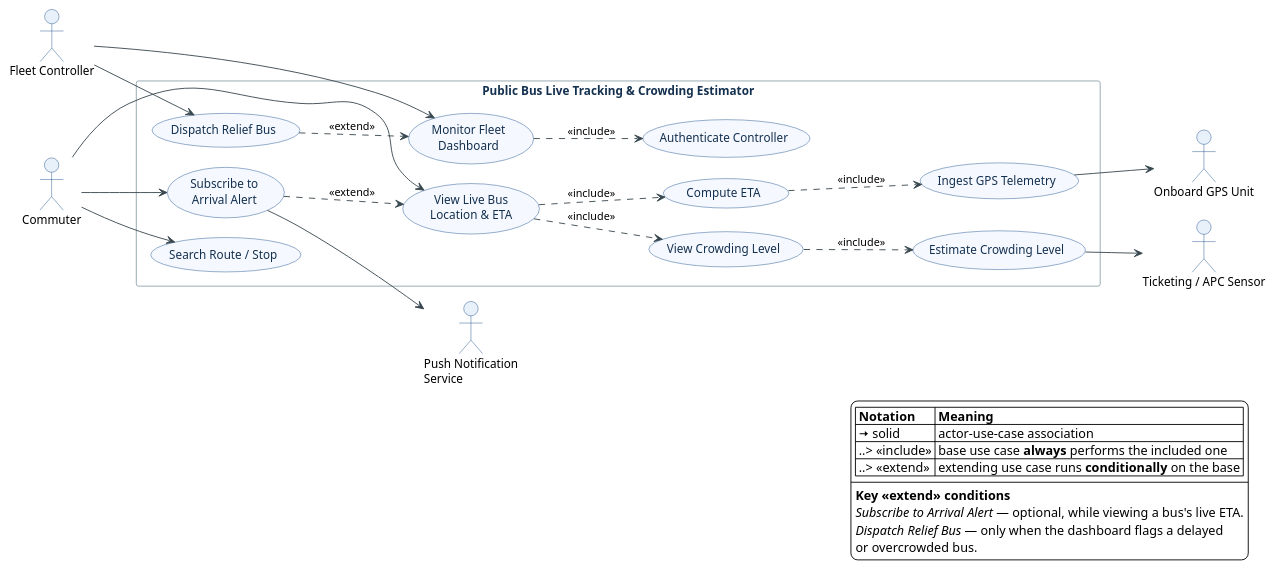
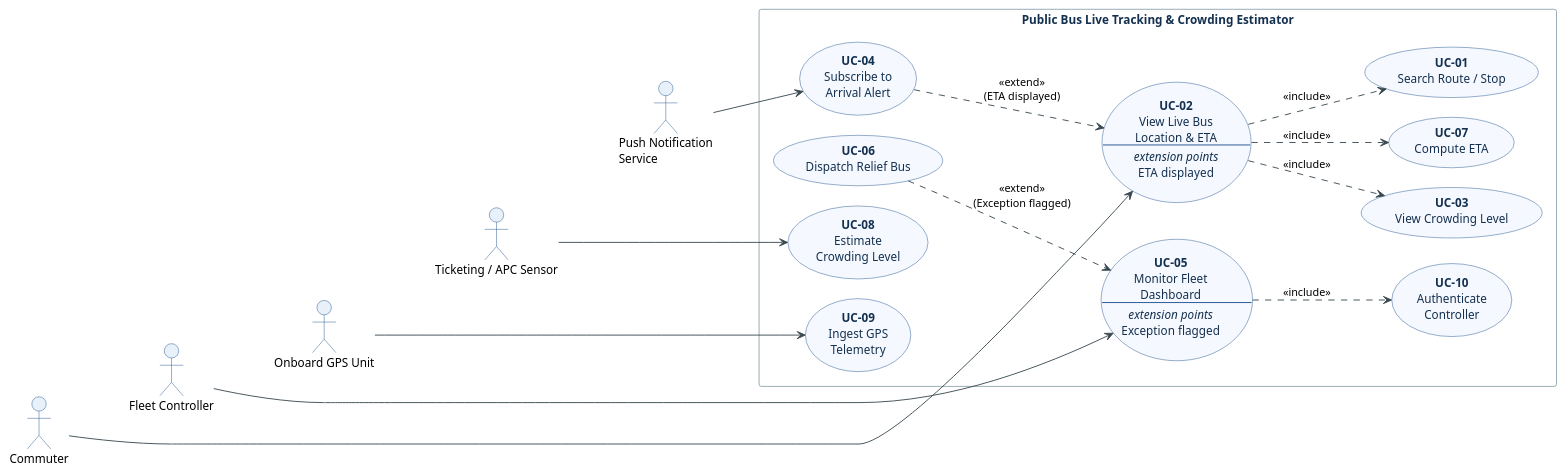
One commit to LOKESH-ADITHYA/SE-Labs-PES1UG24CS392 changed the diagram in Lab1/02_UseCase_Diagram.puml. Above: the diagram before and after it, drawn with PlantUML. The commit also changed 8 other files, not shown here.

Commit message:
Lab 1: Word/PDF deliverables, UC-01..UC-10 labels, UML fixes

```diff
--- a/Lab1/02_UseCase_Diagram.puml
+++ b/Lab1/02_UseCase_Diagram.puml
@@ -1,90 +1,77 @@
 @startuml UseCase_PublicBusLiveTracking
 ' ============================================================
 ' Lab 1 - UML Use-Case Diagram
 ' Problem Statement #24: Public Bus Live Tracking & Crowding Estimator
 ' SRN: PES1UG24CS392
 ' ============================================================
 
 skinparam backgroundColor #FFFFFF
 skinparam shadowing false
 skinparam defaultFontName "Helvetica"
 skinparam defaultFontSize 13
 skinparam ArrowColor #37474F
 skinparam ArrowFontSize 12
 skinparam nodesep 22
-skinparam ranksep 60
+skinparam ranksep 65
 skinparam actor {
   BorderColor #1A4C8B
   BackgroundColor #E8F0FA
 }
 skinparam usecase {
   BorderColor #1A4C8B
   BackgroundColor #F5F9FF
   FontColor #14304F
 }
 skinparam rectangle {
   BorderColor #90A4AE
   FontColor #14304F
   FontStyle bold
 }
 left to right direction
 
-' ---------- Primary (human) actors : left ----------
+' ---------- All actors, drawn on the left ----------
+' Primary (human) actors
 actor "Commuter"         as CM
 actor "Fleet Controller" as FC
-
-rectangle "Public Bus Live Tracking & Crowding Estimator" {
-
-  usecase "Search Route / Stop"           as UC1
-  usecase "View Live Bus\nLocation & ETA" as UC2
-  usecase "View Crowding Level"           as UC3
-  usecase "Subscribe to\nArrival Alert"   as UC4
-  usecase "Monitor Fleet\nDashboard"      as UC5
-  usecase "Dispatch Relief Bus"           as UC6
-
-  usecase "Compute ETA"             as UC8
-  usecase "Authenticate Controller" as UC10
-  usecase "Ingest GPS Telemetry"    as UC7
-  usecase "Estimate Crowding Level" as UC9
-}
-
-' ---------- Secondary / system actors : right ----------
+' Secondary (system / device) actors
 actor "Onboard GPS Unit"           as GPS
 actor "Ticketing / APC Sensor"     as TKT
 actor "Push Notification\nService" as PNS
 
-' ---------- Actor associations ----------
-CM --> UC1
-CM --> UC2
-CM --> UC4
-FC --> UC5
-FC --> UC6
+CM  -[hidden]down- FC
+FC  -[hidden]down- GPS
+GPS -[hidden]down- TKT
+TKT -[hidden]down- PNS
 
-UC7 --> GPS
-UC9 --> TKT
-UC4 --> PNS
+rectangle "Public Bus Live Tracking & Crowding Estimator" {
+
+  usecase "**UC-01**\nSearch Route / Stop"        as UC01
+  usecase "**UC-02**\nView Live Bus\nLocation & ETA\n--\n//extension points//\nETA displayed" as UC02
+  usecase "**UC-03**\nView Crowding Level"        as UC03
+  usecase "**UC-04**\nSubscribe to\nArrival Alert" as UC04
+  usecase "**UC-05**\nMonitor Fleet\nDashboard\n--\n//extension points//\nException flagged" as UC05
+  usecase "**UC-06**\nDispatch Relief Bus"        as UC06
+  usecase "**UC-07**\nCompute ETA"                as UC07
+  usecase "**UC-08**\nEstimate\nCrowding Level"   as UC08
+  usecase "**UC-09**\nIngest GPS\nTelemetry"      as UC09
+  usecase "**UC-10**\nAuthenticate\nController"   as UC10
+}
+
+' ---------- Associations ----------
+CM  --> UC02
+FC  --> UC05
+GPS --> UC09
+TKT --> UC08
+PNS --> UC04
 
 ' ---------- <<include>> relationships ----------
-UC2  ..> UC8  : <<include>>
-UC2  ..> UC3  : <<include>>
-UC5  ..> UC10 : <<include>>
-UC8  ..> UC7  : <<include>>
-UC3  ..> UC9  : <<include>>
+UC02 ..> UC01 : <<include>>
+UC02 ..> UC07 : <<include>>
+UC02 ..> UC03 : <<include>>
+UC05 ..> UC10 : <<include>>
 
 ' ---------- <<extend>> relationships ----------
-UC4 ..> UC2 : <<extend>>
-UC6 ..> UC5 : <<extend>>
-
-legend right
-  |= Notation |= Meaning |
-  | <&arrow-right> solid | actor–use-case association |
-  | ..> <<include>> | base use case **always** performs the included one |
-  | ..> <<extend>> | extending use case runs **conditionally** on the base |
-  ----
-  **Key <<extend>> conditions**
-  //Subscribe to Arrival Alert// — optional, while viewing a bus's live ETA.
-  //Dispatch Relief Bus// — only when the dashboard flags a delayed
-  or overcrowded bus.
-endlegend
+UC04 ..> UC02 : <<extend>>\n(ETA displayed)
+UC06 ..> UC05 : <<extend>>\n(Exception flagged)
 
 @enduml
```
